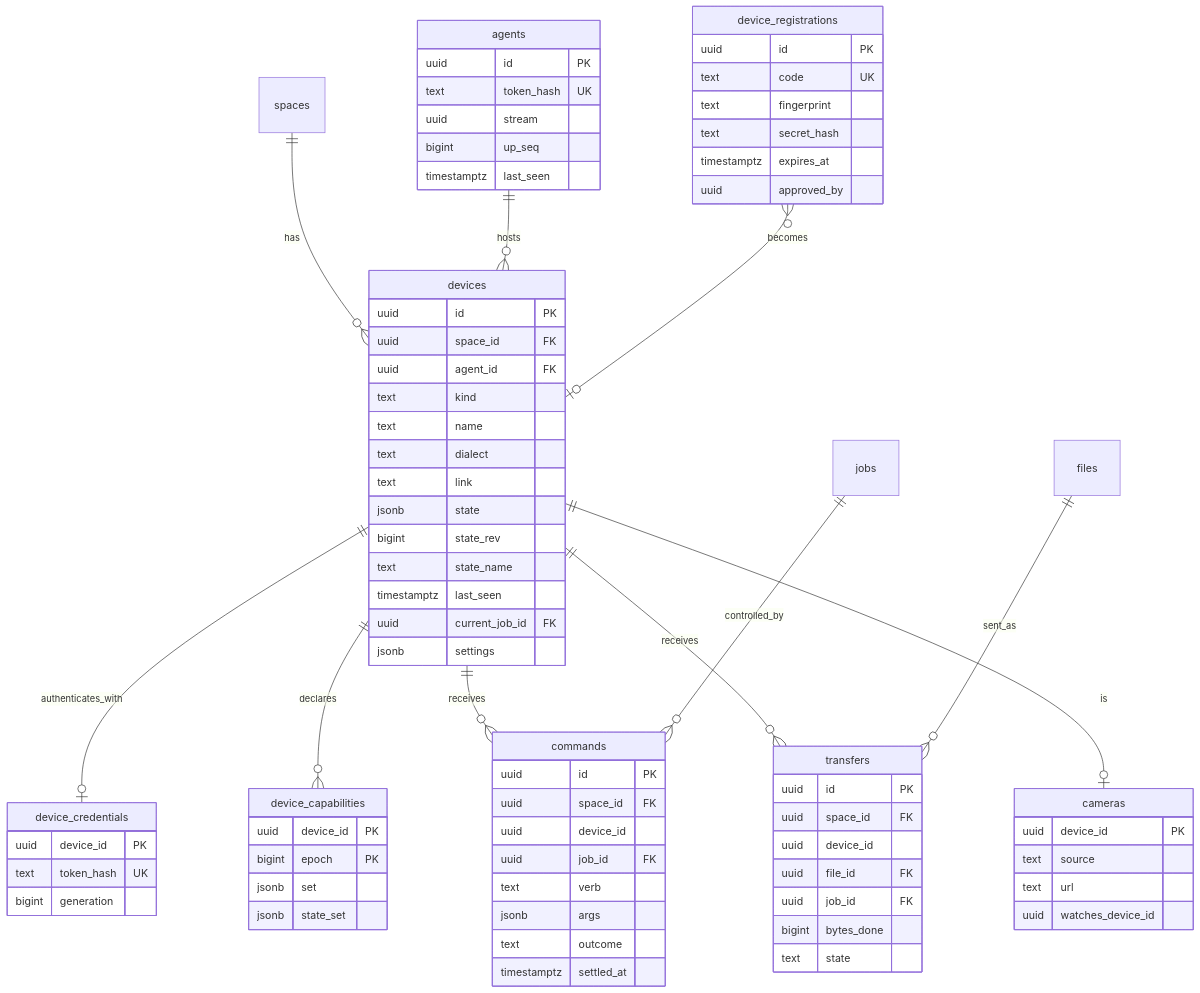
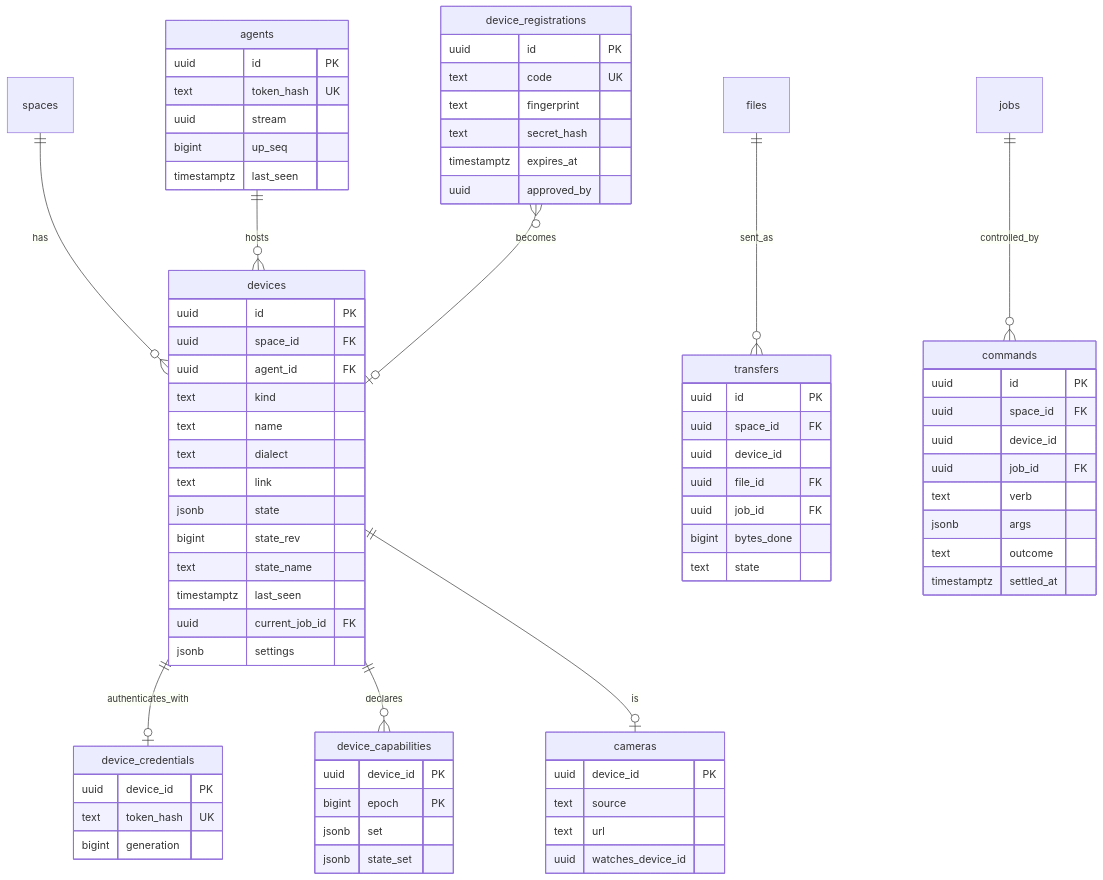
One commit to CuriousTimo/Maker-Connect changed the third of 6 diagrams in docs/design/database.md. Above: the diagram before and after it, drawn with Mermaid. The commit also changed other lines of this file and 6 other files, not shown here.

````diff
--- a/docs/design/database.md
+++ b/docs/design/database.md
@@ -308,79 +309,77 @@
 ```mermaid
 erDiagram
   spaces ||--o{ devices : has
   agents ||--o{ devices : hosts
   devices ||--o| device_credentials : authenticates_with
   devices ||--o{ device_capabilities : declares
-  devices ||--o{ commands : receives
-  devices ||--o{ transfers : receives
   devices ||--o| cameras : is
   files ||--o{ transfers : sent_as
   jobs ||--o{ commands : controlled_by
   device_registrations }o--o| devices : becomes
   agents {
     uuid id PK
     text token_hash UK
     uuid stream
     bigint up_seq
     timestamptz last_seen
   }
   devices {
     uuid id PK
     uuid space_id FK
     uuid agent_id FK
     text kind
     text name
     text dialect
     text link
     jsonb state
     bigint state_rev
     text state_name
     timestamptz last_seen
     uuid current_job_id FK
     jsonb settings
   }
   device_credentials {
     uuid device_id PK
     text token_hash UK
     bigint generation
   }
   device_registrations {
     uuid id PK
     text code UK
     text fingerprint
     text secret_hash
     timestamptz expires_at
     uuid approved_by
   }
   device_capabilities {
     uuid device_id PK
     bigint epoch PK
     jsonb set
     jsonb state_set
   }
   commands {
     uuid id PK
     uuid space_id FK
     uuid device_id
     uuid job_id FK
     text verb
     jsonb args
     text outcome
     timestamptz settled_at
   }
   transfers {
     uuid id PK
     uuid space_id FK
     uuid device_id
     uuid file_id FK
     uuid job_id FK
     bigint bytes_done
     text state
   }
   cameras {
     uuid device_id PK
     text source
     text url
     uuid watches_device_id
   }
 ```
````
